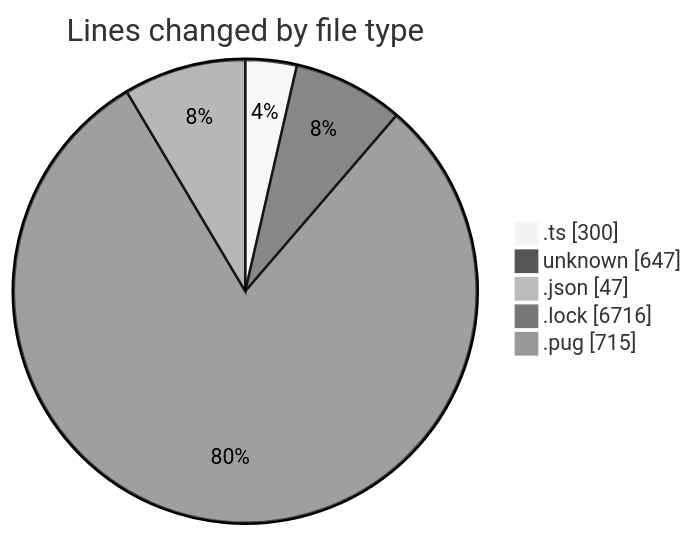
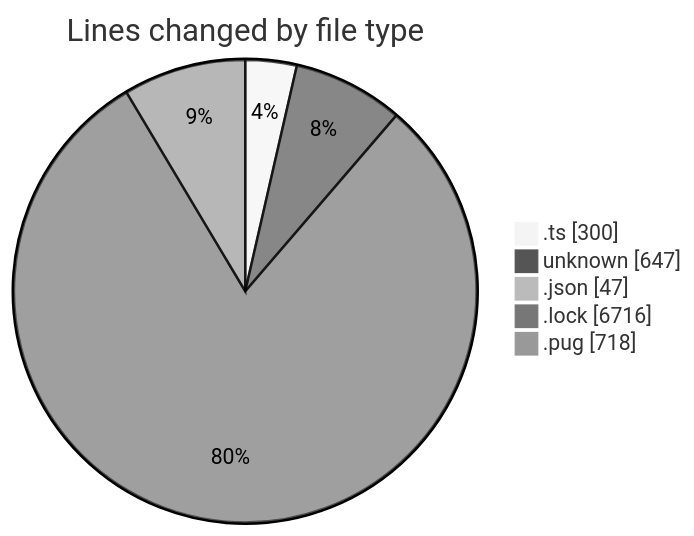
The first of 2 diagrams in 2026-05-22/cda/README.md (momahboobian/code-tracking), drawn with Mermaid (neutral theme) before and after one commit. The commit also changed other lines of this file and 1 other file, not shown here.

````diff
--- a/2026-05-22/cda/README.md
+++ b/2026-05-22/cda/README.md
@@ -29,9 +29,9 @@
 ```mermaid
 pie showData
 title Lines changed by file type
 ".ts" : 300
 "unknown" : 647
 ".json" : 47
 ".lock" : 6716
-".pug" : 715
+".pug" : 718
 ```
````
